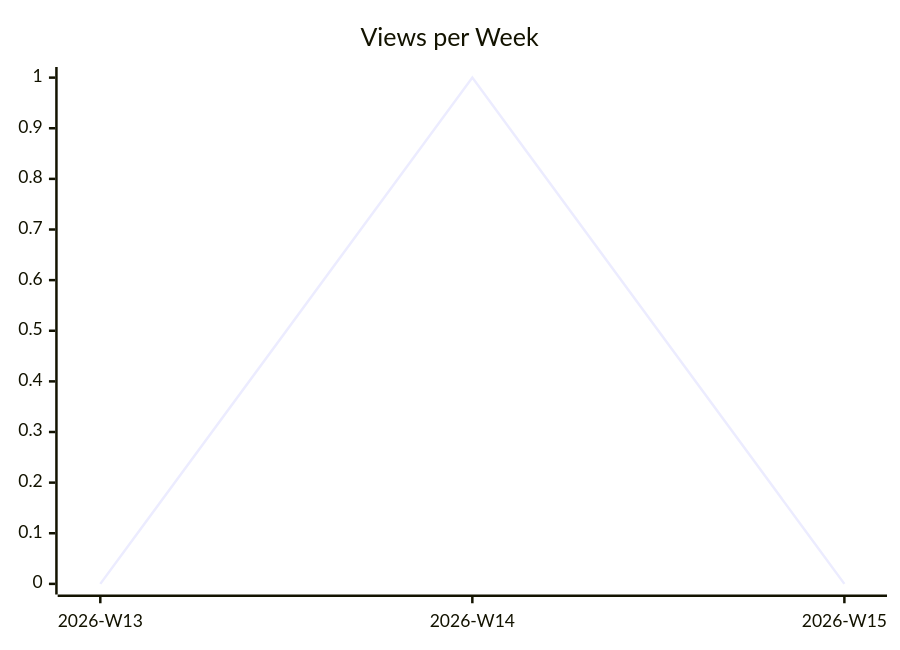
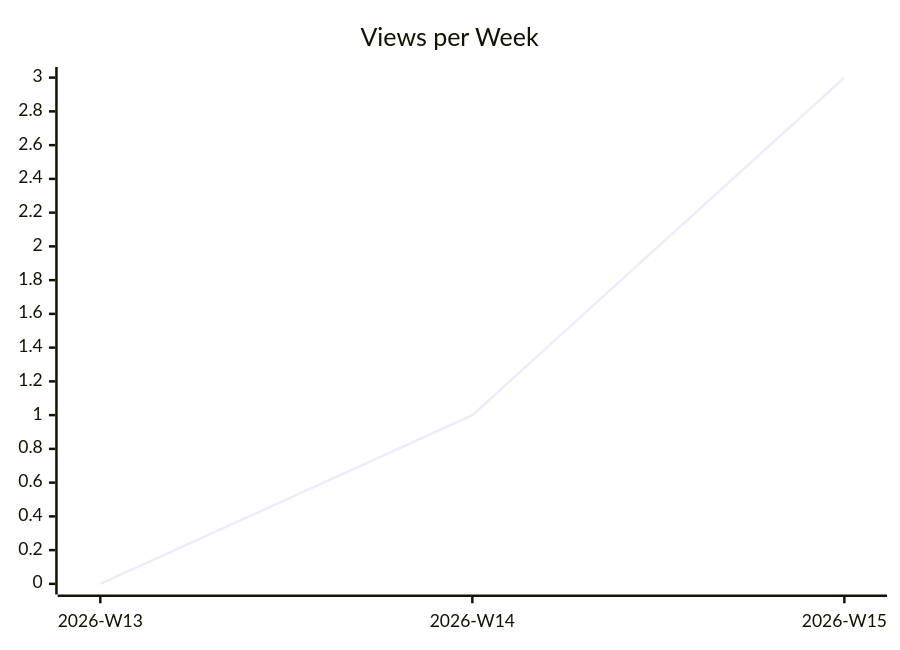
One commit to justdavis-family/github-analytics-data changed the second of 3 diagrams in justdavis-family/justdavis/README.md. Above: the diagram before and after it, drawn with Mermaid. The commit also changed other lines of this file and 174 other files, not shown here.

````diff
--- a/justdavis-family/justdavis/README.md
+++ b/justdavis-family/justdavis/README.md
@@ -12,6 +12,6 @@
 ```mermaid
 xychart-beta
   title "Views per Week"
   x-axis ["2026-W13", "2026-W14", "2026-W15"]
-  line [0, 1, 0]
+  line [0, 1, 3]
 ```
````
